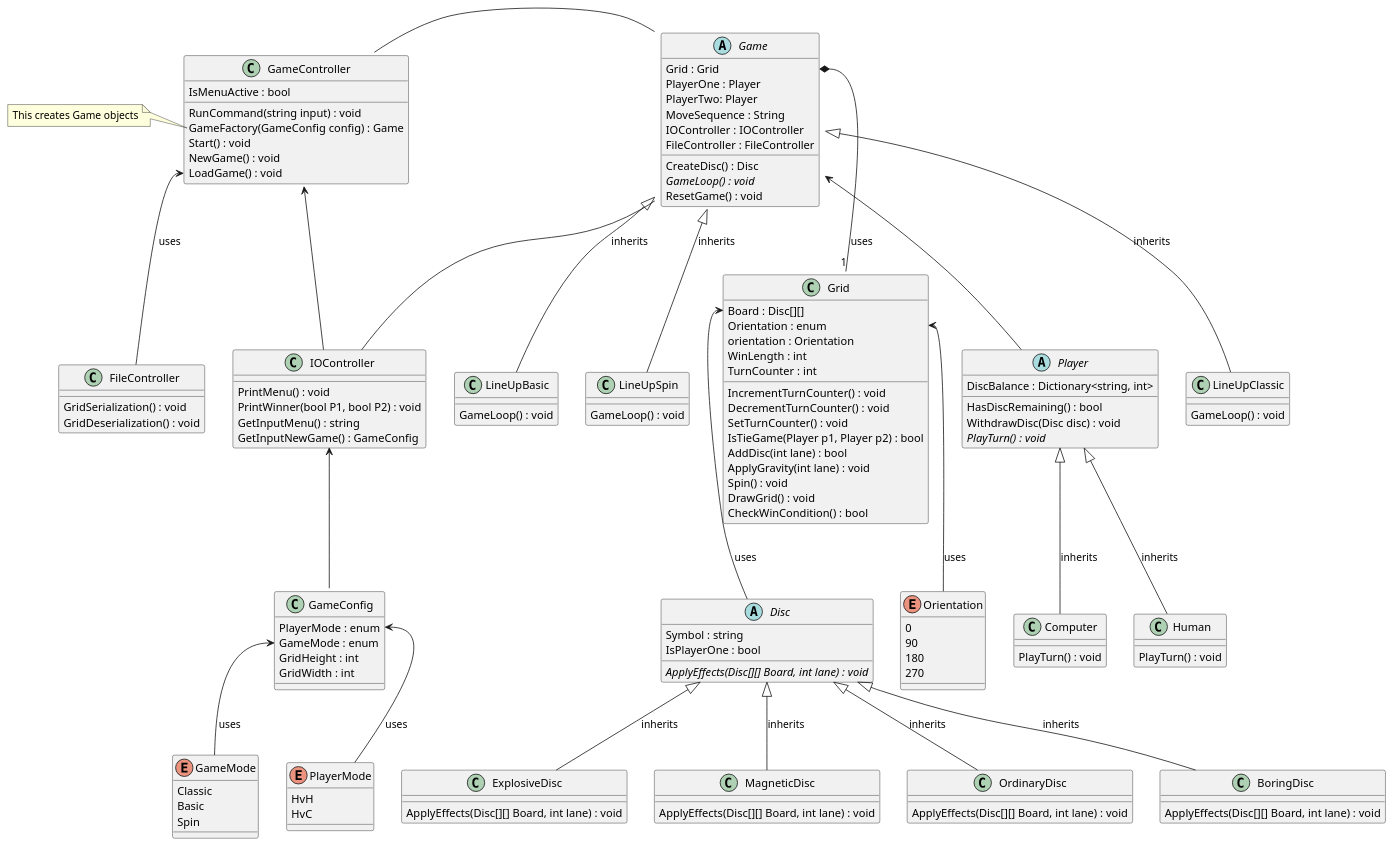
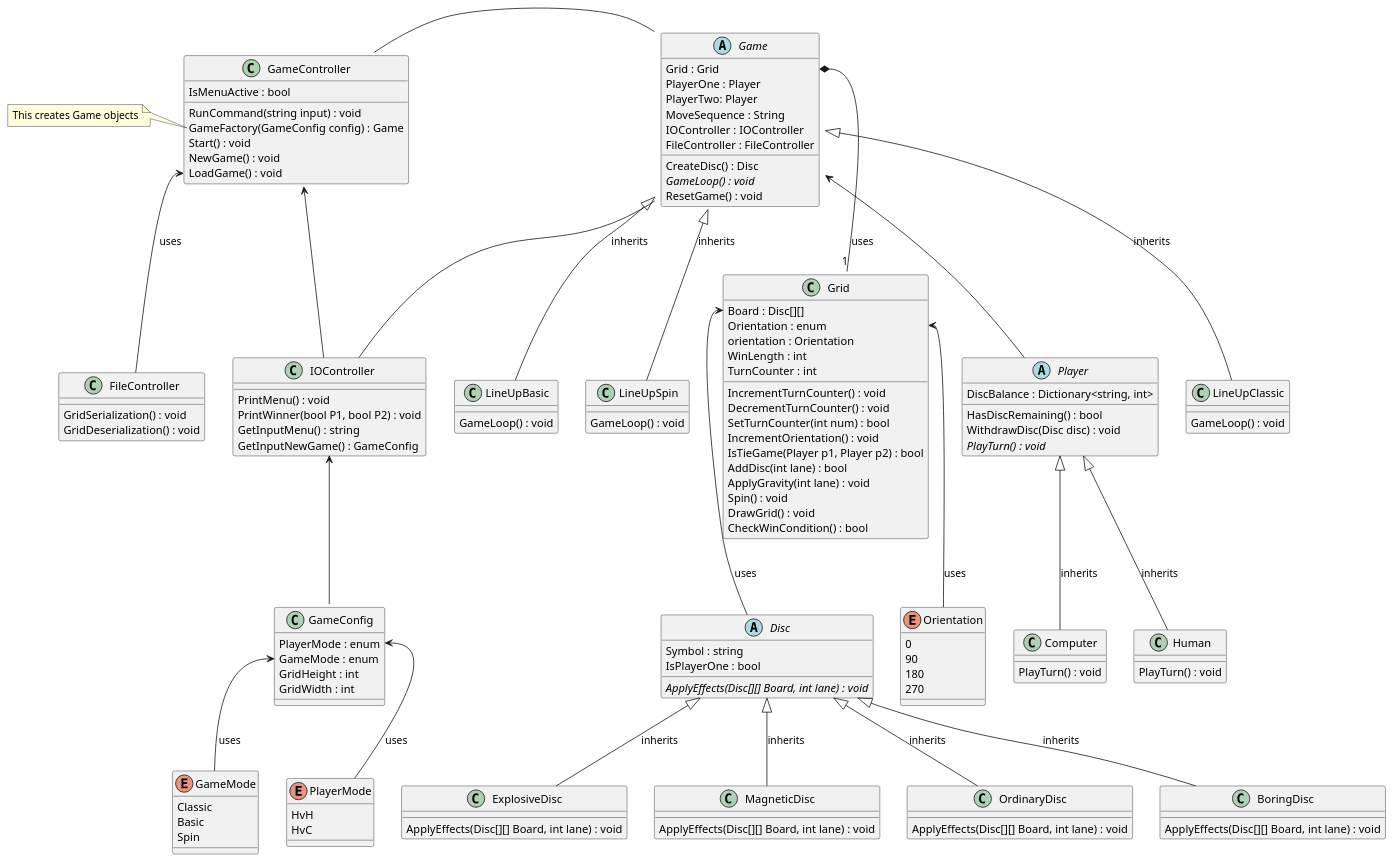
One commit to TacNap/IFN584_A2 changed the diagram in diagrams/diagram.puml. Above: the diagram before and after it, drawn with PlantUML. The commit also changed 1 other file, not shown here.

```diff
--- a/diagrams/diagram.puml
+++ b/diagrams/diagram.puml
@@ -1,189 +1,190 @@
 @startuml
 ' + - public
 ' # - protected
 ' - - private 
 ' ~ - package private
 
 ''' GameController '''
 class GameController {
     IsMenuActive : bool
     RunCommand(string input) : void
     GameFactory(GameConfig config) : Game
     Start() : void
     NewGame() : void
     LoadGame() : void
 }
 note left of GameController::GameFactory
     This creates Game objects
 end note
 
 ''' Game '''
 abstract class Game {
     Grid : Grid
     PlayerOne : Player
     PlayerTwo: Player
     MoveSequence : String
     IOController : IOController
     FileController : FileController
     CreateDisc() : Disc
     {abstract} GameLoop() : void
     ResetGame() : void
 }
 note left of Game::TurnCounter
     Could also belong on Grid
 end note
 note left of Game::ResetGame
     May not need this.
     Depends on how we treat loading, 
     grid sizing 
     and quitting
 end note
 
 ' Game Subclasses
 class LineUpClassic {
     GameLoop() : void
 }
 
 class LineUpBasic {
     GameLoop() : void
 }
 
 class LineUpSpin {
     GameLoop() : void
 }
 
 ''' Grid '''
 class Grid {
     Board : Disc[][]
     Orientation : enum
     orientation : Orientation
     WinLength : int
     TurnCounter : int
     IncrementTurnCounter() : void
     DecrementTurnCounter() : void
-    SetTurnCounter() : void
+    SetTurnCounter(int num) : bool
+    IncrementOrientation() : void
     IsTieGame(Player p1, Player p2) : bool
     AddDisc(int lane) : bool
     ApplyGravity(int lane) : void
     Spin() : void
     DrawGrid() : void
     CheckWinCondition() : bool
 
 }
 
 enum Orientation {
     0
     90
     180
     270
 }
 
 '''Disc'''
 abstract class Disc {
     Symbol : string
     IsPlayerOne : bool
     {abstract} ApplyEffects(Disc[][] Board, int lane) : void
 }
 
 class OrdinaryDisc {
     ApplyEffects(Disc[][] Board, int lane) : void
 }
 
 class BoringDisc {
     ApplyEffects(Disc[][] Board, int lane) : void
 }
 
 class ExplosiveDisc {
     ApplyEffects(Disc[][] Board, int lane) : void
 }
 
 class MagneticDisc {
     ApplyEffects(Disc[][] Board, int lane) : void
 }
 
 ''' Player '''
 abstract class Player {
     DiscBalance : Dictionary<string, int>
     HasDiscRemaining() : bool
     WithdrawDisc(Disc disc) : void
     {abstract} PlayTurn() : void
 }
 
 class Human {
     PlayTurn() : void
 }
 
 class Computer {
     PlayTurn() : void
 }
 
 ''' IOController '''
 class IOController {
     PrintMenu() : void
     PrintWinner(bool P1, bool P2) : void
     GetInputMenu() : string
     GetInputNewGame() : GameConfig
 
 }
 
 ''' GameConfig '''
 class GameConfig {
     PlayerMode : enum
     GameMode : enum
     GridHeight : int
     GridWidth : int
 }
 
 enum PlayerMode {
     HvH
     HvC
 }
 
 enum GameMode {
     Classic
     Basic
     Spin
 }
 ''' FileController '''
 class FileController {
     GridSerialization() : void
     GridDeserialization() : void
 }
 
 ' Relationships
 ' Game Subclasses
 Game <|-- LineUpClassic : inherits
 Game <|-- LineUpBasic : inherits
 Game <|-- LineUpSpin : inherits
 Game <-- Player
 
 Game::Grid *-- "1" Grid : uses
 Game - IOController
 
 ' GameController
 GameController - Game
 GameController <-- IOController
 GameController::LoadGame <-- FileController : uses
 
 ' GameConfig
 GameConfig::PlayerMode <-- PlayerMode : uses
 GameConfig::GameMode <-- GameMode: uses
 
 ' Player Subclasses
 Player <|-- Human : inherits
 Player <|-- Computer : inherits
 
 ' Disc Subclasses
 Disc <|-- OrdinaryDisc : inherits
 Disc <|-- BoringDisc : inherits
 Disc <|-- ExplosiveDisc : inherits
 Disc <|-- MagneticDisc : inherits
 
 ' Grid
 Grid::Orientation <-- Orientation : uses
 Grid::Board <-- Disc : uses
 
 ' IOController
 IOController <-- GameConfig
 
 @enduml
```
